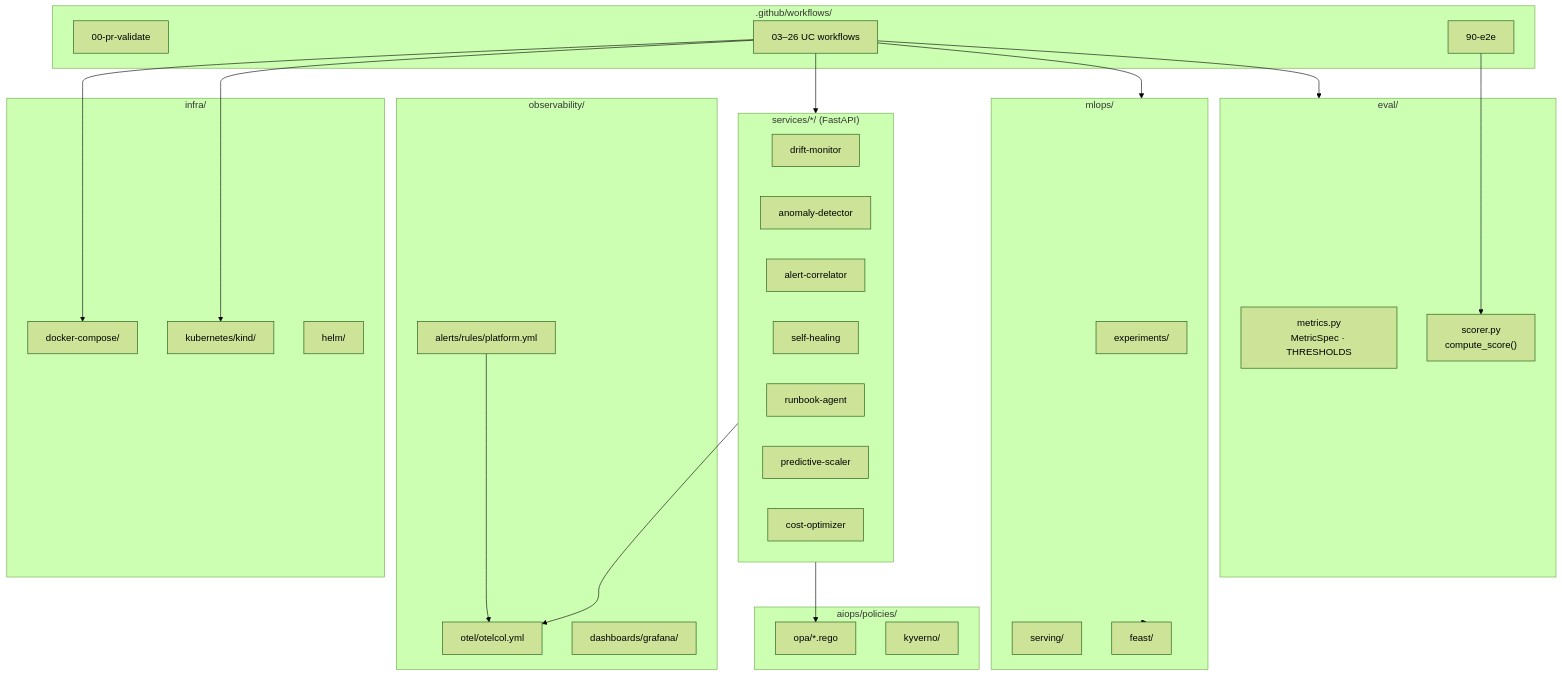
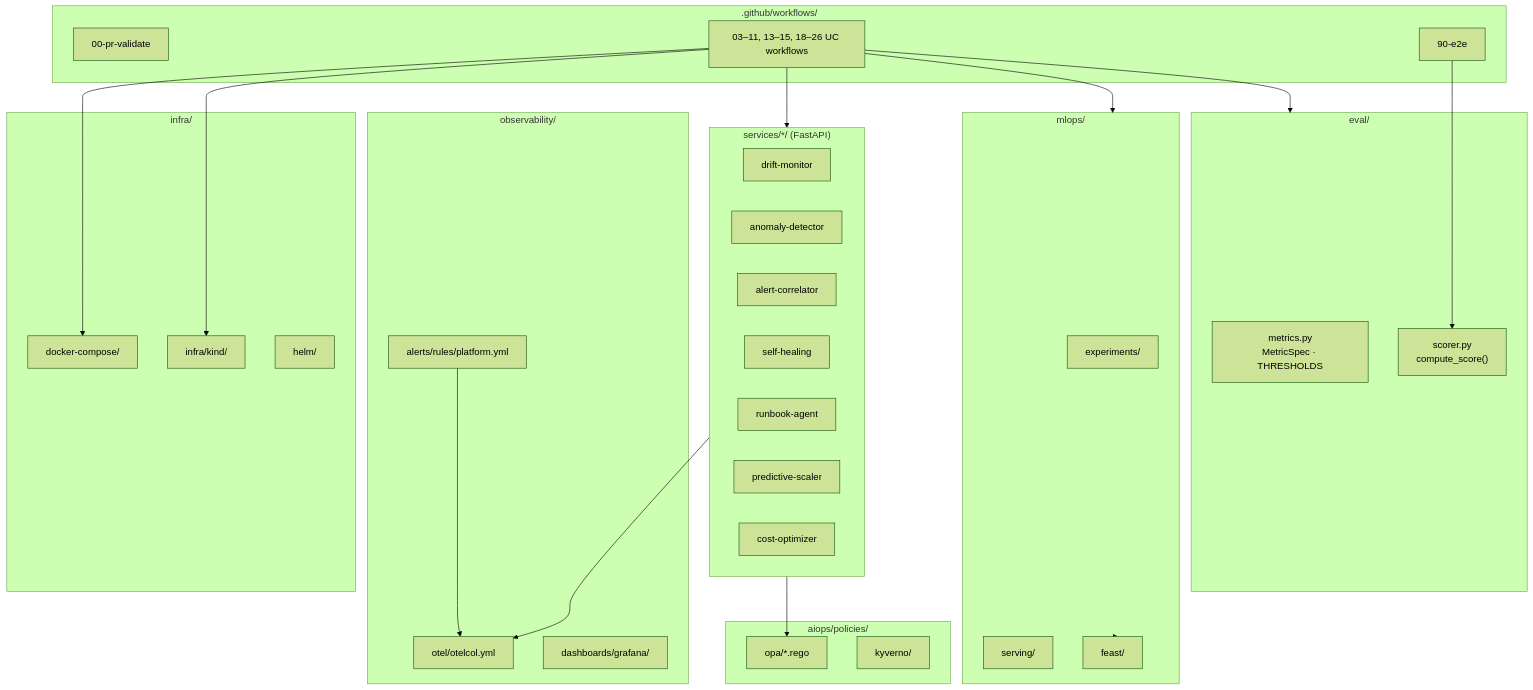
One commit to sanjeev0120test/observable-mlops-platform changed diagram 24 of 55 in README.md. Above: the diagram before and after it, drawn with Mermaid (forest theme). The commit also changed other lines of this file, not shown here.

````diff
--- a/README.md
+++ b/README.md
@@ -1916,55 +1924,55 @@
 ```mermaid
 flowchart TB
     subgraph Workflows[".github/workflows/"]
         W0["00-pr-validate"]
-        WUC["03–26 UC workflows"]
+        WUC["03–11, 13–15, 18–26 UC workflows"]
         W90["90-e2e"]
     end
 
     subgraph EvalFW["eval/"]
         MET["metrics.py<br/>MetricSpec · THRESHOLDS"]
         SCR["scorer.py<br/>compute_score()"]
     end
 
     subgraph Services["services/*/ (FastAPI)"]
         DM["drift-monitor"]
         AD["anomaly-detector"]
         AC["alert-correlator"]
         SH["self-healing"]
         RA["runbook-agent"]
         PS["predictive-scaler"]
         CO["cost-optimizer"]
     end
 
     subgraph MLOps["mlops/"]
         EXP["experiments/"]
         SRV["serving/"]
         FEAST["feast/"]
     end
 
     subgraph Policy["aiops/policies/"]
         OPA["opa/*.rego"]
         KYV["kyverno/"]
     end
 
     subgraph Obs["observability/"]
         OTEL["otel/otelcol.yml"]
         ALR["alerts/rules/platform.yml"]
         DASH["dashboards/grafana/"]
     end
 
     subgraph Infra["infra/"]
         DC["docker-compose/"]
-        K8["kubernetes/kind/"]
+        K8["infra/kind/"]
         HELM["helm/"]
     end
 
     WUC --> Services & MLOps
     WUC --> EvalFW
     Services --> OTEL
     Services --> OPA
     MLOps --> FEAST
     WUC --> DC & K8
     W90 --> SCR
     ALR --> OTEL
 ```
````
